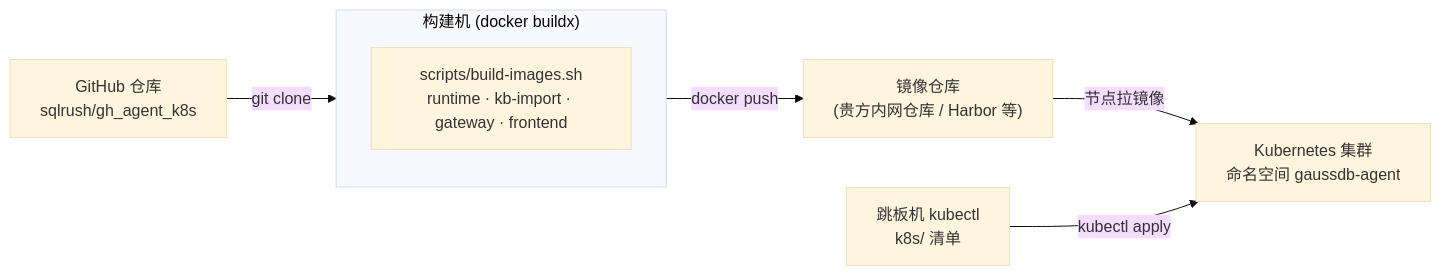
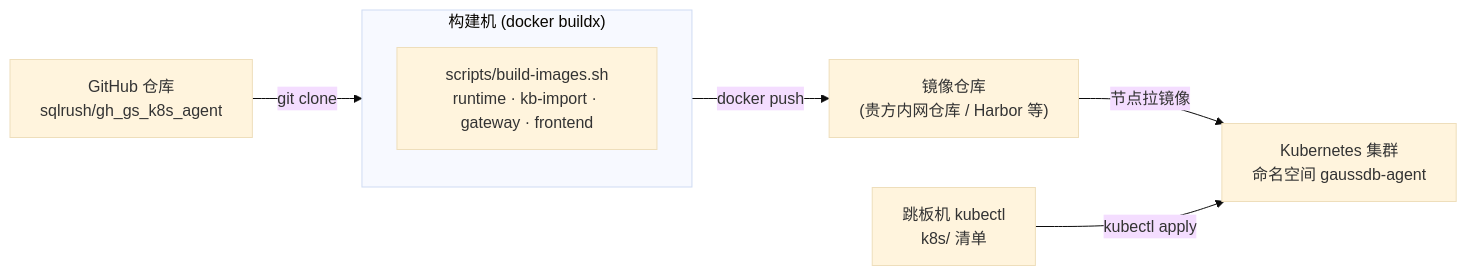
Before and after one commit to sqlrush/gh_agent_k8s: the first of 4 diagrams in docs/从源码构建到K8s运行-完整手册.md, drawn with Mermaid (base theme). The commit also changed other lines of this file and 8 other files, not shown here.

````diff
--- a/docs/从源码构建到K8s运行-完整手册.md
+++ b/docs/从源码构建到K8s运行-完整手册.md
@@ -30,10 +30,10 @@
 ```mermaid
 flowchart LR
-    GH["GitHub 仓库<br/>sqlrush/gh_agent_k8s"] -->|git clone| BUILD
+    GH["GitHub 仓库<br/>sqlrush/gh_gs_k8s_agent"] -->|git clone| BUILD
     subgraph BUILD["构建机 (docker buildx)"]
         B1["scripts/build-images.sh<br/>runtime · kb-import · gateway · frontend"]
     end
     BUILD -->|docker push| REG["镜像仓库<br/>(贵方内网仓库 / Harbor 等)"]
     REG -->|节点拉镜像| K8S["Kubernetes 集群<br/>命名空间 gaussdb-agent"]
     KUBECTL["跳板机 kubectl<br/>k8s/ 清单"] -->|kubectl apply| K8S
 ```
````
